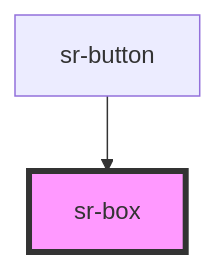
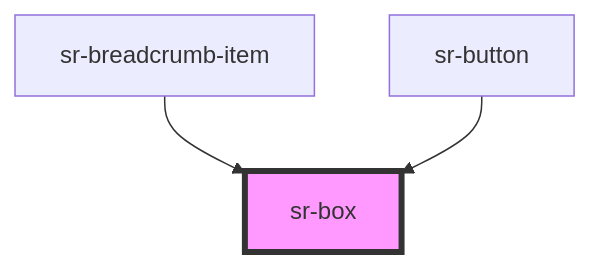
One commit to tonyblu331/spotify-replay-design-system changed the diagram in src/components/primitives/sr-box/readme.md. Above: the diagram before and after it, drawn with Mermaid. The commit also changed other lines of this file and 21 other files, not shown here.

````diff
--- a/src/components/primitives/sr-box/readme.md
+++ b/src/components/primitives/sr-box/readme.md
@@ -60,5 +61,6 @@
 ```mermaid
 graph TD;
+  sr-breadcrumb-item --> sr-box
   sr-button --> sr-box
   style sr-box fill:#f9f,stroke:#333,stroke-width:4px
 ```
````
